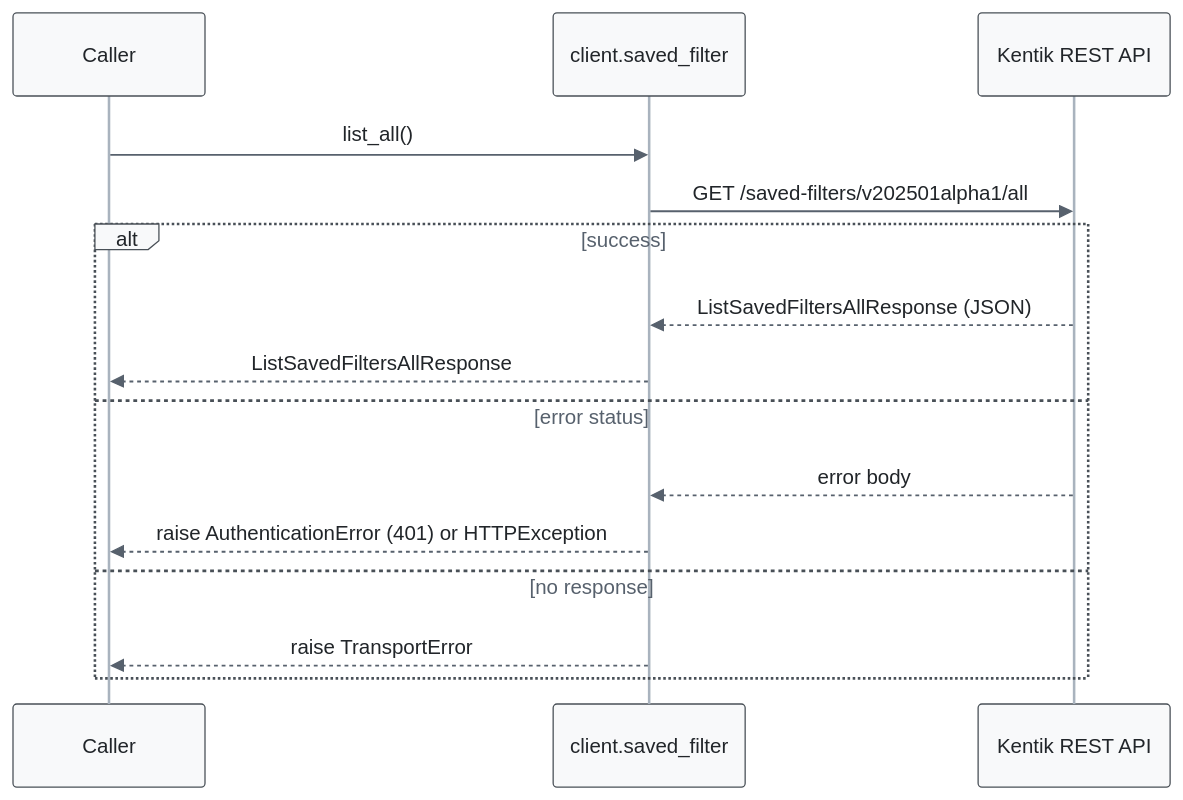
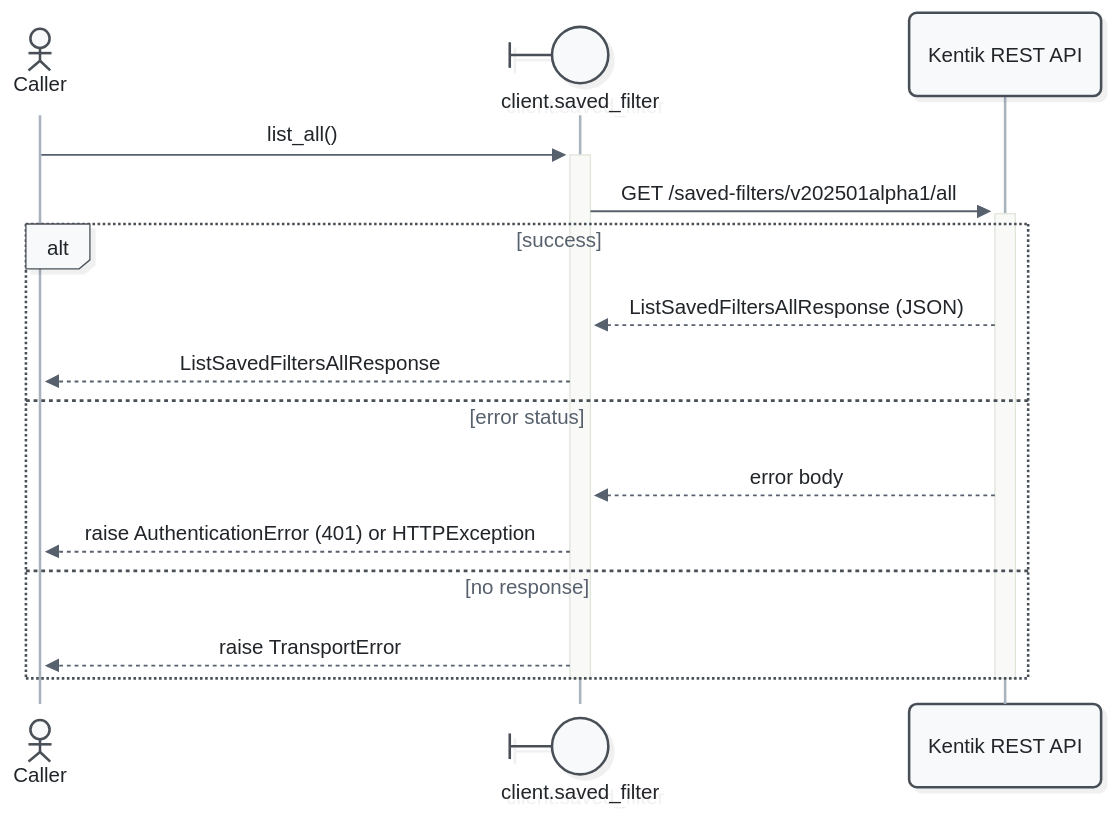
Diagram 11 of 13 in docs/sphinx/services/saved_filter.md (alexdearaujo/community_sdk_python), drawn with Mermaid before and after one commit. The commit also changed other lines of this file and 52 other files, not shown here.

First line of the commit message:
docs: Mermaid 12 sequence diagrams with participant types and path colors

````diff
--- a/docs/sphinx/services/saved_filter.md
+++ b/docs/sphinx/services/saved_filter.md
@@ -419,19 +444,21 @@
 ```mermaid
-%%{init: {"theme": "base", "fontFamily": "ui-monospace, SFMono-Regular, Menlo, monospace", "themeVariables": {"fontFamily": "ui-monospace, SFMono-Regular, Menlo, monospace", "primaryColor": "#f8f9fa", "primaryBorderColor": "#495057", "primaryTextColor": "#212529", "textColor": "#212529", "lineColor": "#77818c", "edgeLabelBackground": "#ffffff", "actorBkg": "#f8f9fa", "actorBorder": "#495057", "actorTextColor": "#212529", "actorLineColor": "#a9b3be", "signalColor": "#57616d", "signalTextColor": "#212529", "labelBoxBkgColor": "#f8f9fa", "labelBoxBorderColor": "#495057", "labelTextColor": "#212529", "loopTextColor": "#57616d", "noteBkgColor": "#fff9db", "noteBorderColor": "#f08c00", "noteTextColor": "#a35a00"}, "flowchart": {"curve": "step", "nodeSpacing": 30, "rankSpacing": 70, "wrappingWidth": 400}}}%%
+%%{init: {"theme": "redux", "look": "neo", "layout": "dagre", "fontFamily": "ui-monospace, SFMono-Regular, Menlo, monospace", "themeVariables": {"fontFamily": "ui-monospace, SFMono-Regular, Menlo, monospace", "primaryColor": "#f8f9fa", "primaryBorderColor": "#495057", "primaryTextColor": "#212529", "textColor": "#212529", "lineColor": "#77818c", "edgeLabelBackground": "#ffffff", "actorBkg": "#f8f9fa", "actorBorder": "#495057", "actorTextColor": "#212529", "actorLineColor": "#a9b3be", "signalColor": "#57616d", "signalTextColor": "#212529", "labelBoxBkgColor": "#f8f9fa", "labelBoxBorderColor": "#495057", "labelTextColor": "#212529", "loopTextColor": "#57616d", "noteBkgColor": "#fff9db", "noteBorderColor": "#f08c00", "noteTextColor": "#a35a00"}, "sequence": {"activationWidth": 16}, "flowchart": {"curve": "step", "nodeSpacing": 30, "rankSpacing": 70, "wrappingWidth": 400}}}%%
 sequenceDiagram
-    participant C as Caller
-    participant W as client.saved_filter
+    actor C as Caller
+    participant W@{ "type": "boundary" } as client.saved_filter
     participant API as Kentik REST API
 
-    C->>W: list_all()
-    W->>API: GET /saved-filters/v202501alpha1/all
+    C->>+W: list_all()
+    W->>+API: GET /saved-filters/v202501alpha1/all
     alt success
         API-->>W: ListSavedFiltersAllResponse (JSON)
         W-->>C: ListSavedFiltersAllResponse
     else error status
         API-->>W: error body
         W-->>C: raise AuthenticationError (401) or HTTPException
     else no response
         W-->>C: raise TransportError
     end
+    deactivate API
+    deactivate W
 ```
````
